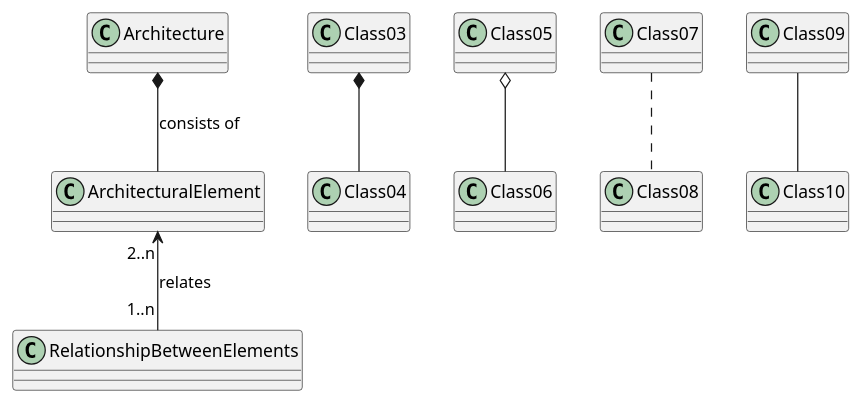
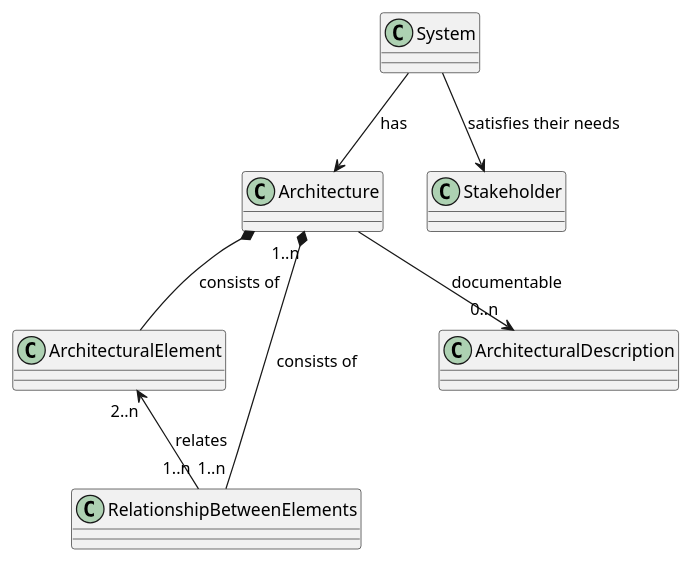
One commit to yasukei/yasukei.github.io changed the diagram in _posts/2017-06-02-software-system-architecture.md. Above: the diagram before and after it, drawn with PlantUML.

```diff
--- a/_posts/2017-06-02-software-system-architecture.md
+++ b/_posts/2017-06-02-software-system-architecture.md
@@ -12,8 +12,8 @@
 @startuml
 Architecture *-- ArchitecturalElement : consists of
+Architecture "1..n" *-- "1..n" RelationshipBetweenElements : consists of
+Architecture --> "0..n" ArchitecturalDescription : documentable
 ArchitecturalElement "2..n" <-- "1..n" RelationshipBetweenElements : relates
-Class03 *-- Class04
-Class05 o-- Class06
-Class07 .. Class08
-Class09 -- Class10
+System --> Architecture : has
+System --> Stakeholder : satisfies their needs
 @enduml
```
